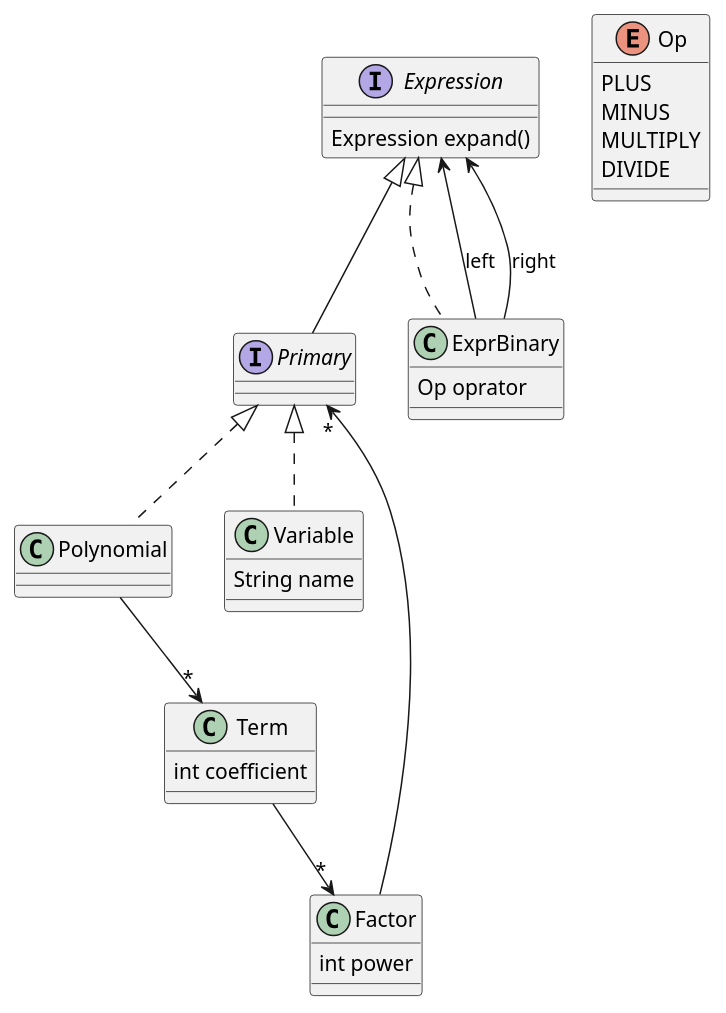
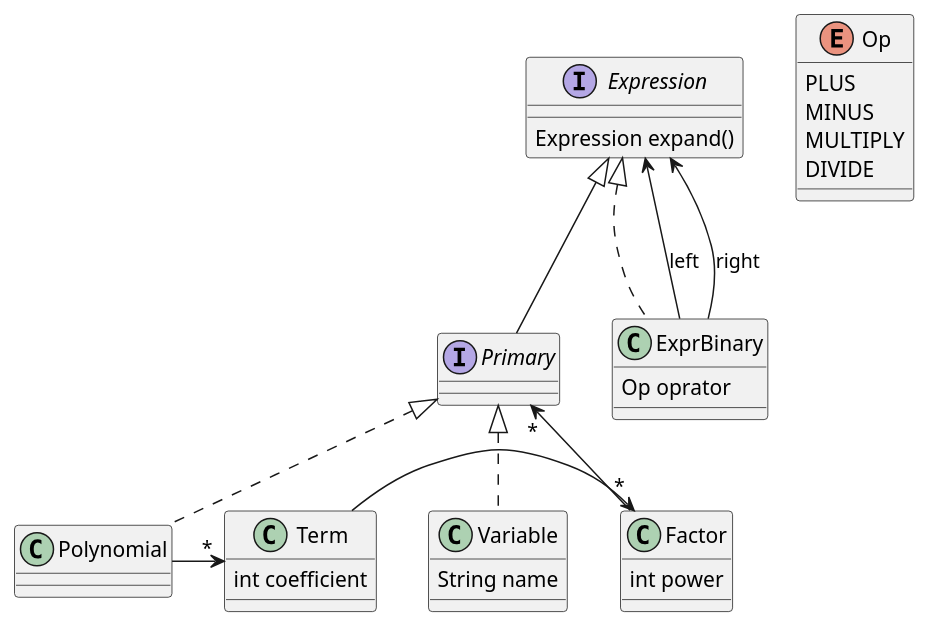
One commit to saka1029/form changed the diagram in doc/classes.plantuml. Above: the diagram before and after it, drawn with PlantUML. The commit also changed 3 other files, not shown here.

```diff
--- a/doc/classes.plantuml
+++ b/doc/classes.plantuml
@@ -1,34 +1,34 @@
 @startuml form
 interface Expression {
     Expression expand()
 }
 enum Op {
     PLUS
     MINUS
     MULTIPLY
     DIVIDE
 }
 class ExprBinary {
     Op oprator
 }
 interface Primary
 class Polynomial
 class Term {
     int coefficient
 }
 class Factor {
     int power
 }
 class Variable {
     String name
 }
 ExprBinary .up.|> Expression
 Primary -up-|> Expression
 Polynomial .up.|> Primary
+Polynomial -right-> "*" Term
+Term -right-> "*" Factor
 Variable .up.|> Primary
 ExprBinary --> Expression : left
 ExprBinary --> Expression : right
-Polynomial --> "*" Term
-Term --> "*" Factor
 Factor -->  "*"Primary
 @enduml
```
